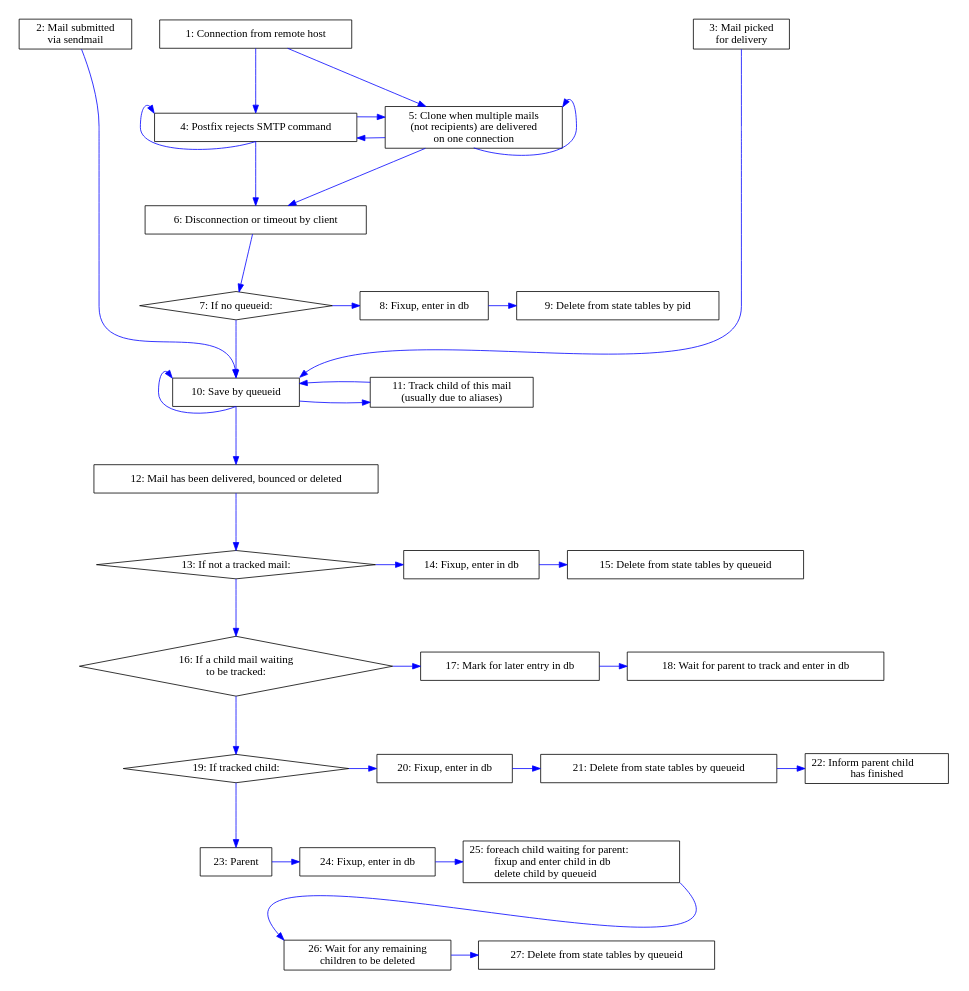
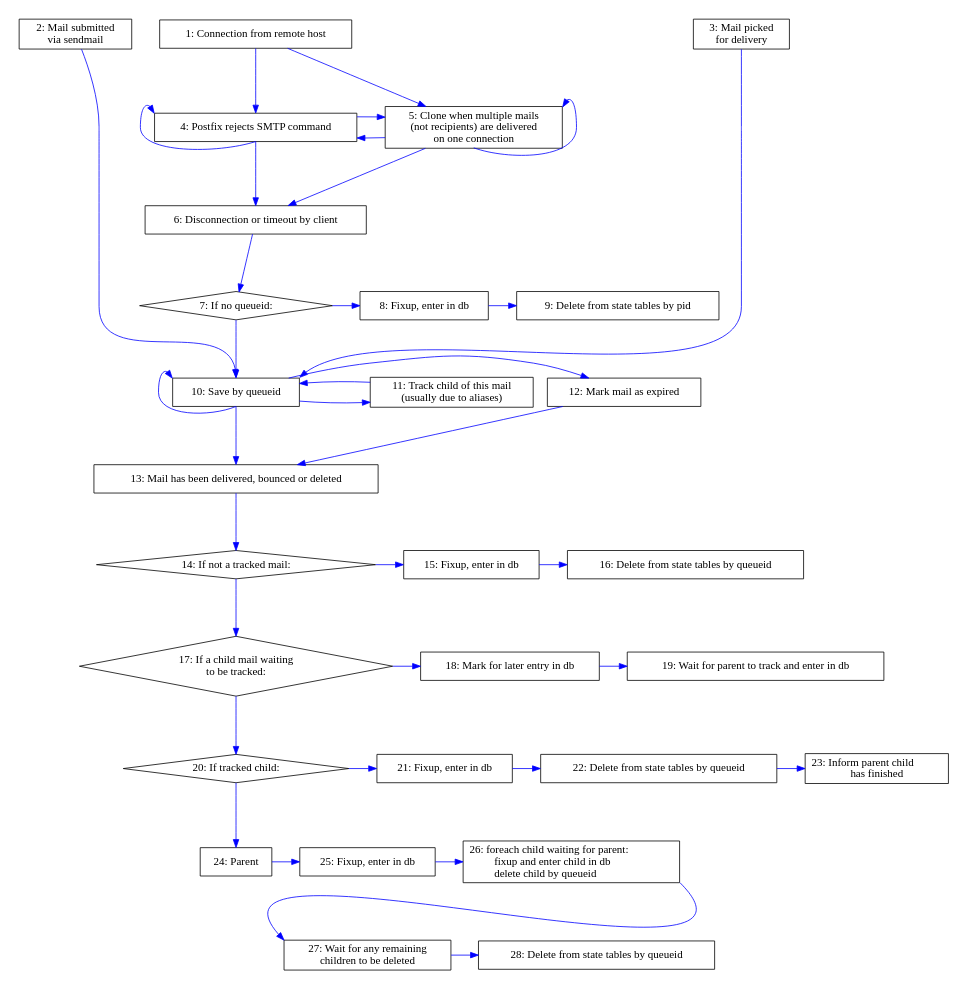
Before and after one commit to tobinjt/ASO: the diagram in doc/logparser-flow-chart.dot, drawn with Graphviz. The commit also changed 1 other file, not shown here.

Commit message:
Documented the EXPIRY action, including changes to the flow chart and references to the flow chart.

```diff
--- a/doc/logparser-flow-chart.dot
+++ b/doc/logparser-flow-chart.dot
@@ -1,176 +1,184 @@
 /* vim: set textwidth=160 : */
 /* $Id$ */
 
 digraph logparser {
     graph [
         /* This seems to be width, height - but they interact strangely, so 
          * I'm never sure.
          */
         size = "6.0, 6.4"
         margin = "0"
         center = true
     ]
     node [
         shape = box
     ]
     edge [
         color = blue
         fontcolor = red
         minlen = 2
     ]
 
     /* EDGES */
     /* Connect from client */
     connect                         -> { rejection } [weight = 5]
     rejection                       -> { rejection } [dir = back, headport = s, tailport = nw]
     rejection                       -> { disconnect } [weight = 5]
     connect                         -> { clone }
     clone                           -> { clone } [dir = back, headport = s, tailport = ne]
     clone                           -> { disconnect }
     clone                           -> { rejection }
     rejection                       -> { clone }
 
     /* Disconnect without queueid */
     disconnect                      -> { if_no_queueid }
     if_no_queueid                   -> { fixup_enter_in_db_disconnect }
     fixup_enter_in_db_disconnect    -> { delete_by_pid_disconnect }
 
     /* Disconnect with queueid */
     if_no_queueid                   -> { save_by_queueid } [weight = 5]
 
     /* Misc entry */
     pickup                          -> { save_by_queueid } [headport = n]
     qmgr_chooses_mail               -> { save_by_queueid } [headport = ne]
     /* Graph placement */
     connect                         -> { pickup } [style = invis, weight = 0]
     connect                         -> { qmgr_chooses_mail } [style = invis, weight = 0]
 
     /* Save results by queueid */
     save_by_queueid                 -> { track } [minlen = 5]
     track                           -> { save_by_queueid }
     save_by_queueid                 -> { save_by_queueid } [dir = back, headport = s, tailport = nw]
-    save_by_queueid                 -> { commit }
+    save_by_queueid                 -> { commit } [weight = 10]
+
+    /* Expired mails */
+    save_by_queueid                 -> { expiry }
+    expiry                          -> { commit } [weight = 0]
 
     /* Commit is complicated */
     /* Neither parent nor child. */
     commit                          -> { if_neither_parent_nor_child }
     if_neither_parent_nor_child     -> { fixup_enter_in_db_npc }
     fixup_enter_in_db_npc           -> { delete_npc }
     /* Untracked child */
     if_neither_parent_nor_child     -> { if_untracked_child }
     if_untracked_child              -> { mark_for_commit }
     mark_for_commit                 -> { wait_for_parent_to_commit_me }
     if_untracked_child              -> { if_tracked_child }
     /* Tracked child */
     if_tracked_child                -> { fixup_enter_in_db_tc }
     fixup_enter_in_db_tc            -> { delete_tc }
     delete_tc                       -> { maybe_delete_parent }
     /* Parent */
     if_tracked_child                -> { parent }
     parent                          -> { fixup_enter_in_db_parent }
     fixup_enter_in_db_parent        -> { commit_children }
     /* This next edge pulls wait_for_children_to_be_deleted leftwards */
     fixup_enter_in_db_parent        -> { wait_for_children_to_be_deleted } [style = invis]
     commit_children                 -> { wait_for_children_to_be_deleted } [headport = nw, tailport = se, weight = 0]
     wait_for_children_to_be_deleted -> { delete_parent }
 
     /* NODE LABELS */
     rejection                       [label = "4: Postfix rejects SMTP command"]
     connect                         [label = "1: Connection from remote host"]
     clone                           [label = "5: Clone when multiple mails\n(not recipients) are delivered\non one connection"]
 
     /* Disconnect without queueid */
     disconnect                      [label = "6: Disconnection or timeout by client"]
     if_no_queueid                   [label = "7: If no queueid:", shape = diamond]
     fixup_enter_in_db_disconnect    [label = "8: Fixup, enter in db"]
     delete_by_pid_disconnect        [label = "9: Delete from state tables by pid"]
 
     /* Disconnect with queueid - already covered */
 
     /* Misc entry */
     pickup                          [label = "2: Mail submitted\nvia sendmail"]
     qmgr_chooses_mail               [label = "3: Mail picked \nfor delivery"]
 
     /* Save results by queueid */
     save_by_queueid                 [label = "10: Save by queueid"]
     track                           [label = "11: Track child of this mail\n(usually due to aliases)"]
 
+    /* Expiry */
+    expiry                          [label = "12: Mark mail as expired"]
+
     /* Commit is complicated */
     /* Neither parent nor child. */
-    commit                          [label = "12: Mail has been delivered, bounced or deleted"]
-    if_neither_parent_nor_child     [label = "13: If not a tracked mail:", shape = diamond]
-    fixup_enter_in_db_npc           [label = "14: Fixup, enter in db"]
-    delete_npc                      [label = "15: Delete from state tables by queueid"]
+    commit                          [label = "13: Mail has been delivered, bounced or deleted"]
+    if_neither_parent_nor_child     [label = "14: If not a tracked mail:", shape = diamond]
+    fixup_enter_in_db_npc           [label = "15: Fixup, enter in db"]
+    delete_npc                      [label = "16: Delete from state tables by queueid"]
 
     /* Untracked child */
-    if_untracked_child              [label = "16: If a child mail waiting\nto be tracked:", shape = diamond]
-    mark_for_commit                 [label = "17: Mark for later entry in db"]
-    wait_for_parent_to_commit_me    [label = "18: Wait for parent to track and enter in db"]
+    if_untracked_child              [label = "17: If a child mail waiting\nto be tracked:", shape = diamond]
+    mark_for_commit                 [label = "18: Mark for later entry in db"]
+    wait_for_parent_to_commit_me    [label = "19: Wait for parent to track and enter in db"]
 
     /* Tracked child */
-    if_tracked_child                [label = "19: If tracked child:", shape = diamond]
-    fixup_enter_in_db_tc            [label = "20: Fixup, enter in db"]
-    delete_tc                       [label = "21: Delete from state tables by queueid"]
-    maybe_delete_parent             [label = "22: Inform parent child\lhas finished"]
+    if_tracked_child                [label = "20: If tracked child:", shape = diamond]
+    fixup_enter_in_db_tc            [label = "21: Fixup, enter in db"]
+    delete_tc                       [label = "22: Delete from state tables by queueid"]
+    maybe_delete_parent             [label = "23: Inform parent child\lhas finished"]
 
     /* Parent */
-    parent                          [label = "23: Parent"]
-    fixup_enter_in_db_parent        [label = "24: Fixup, enter in db"]
-    commit_children                 [label = "25: foreach child waiting for parent:\l          fixup and enter child in db\l          delete child by queueid\l", labeljust = l]
-    wait_for_children_to_be_deleted [label = "26: Wait for any remaining \nchildren to be deleted"]
-    delete_parent                   [label = "27: Delete from state tables by queueid"]
+    parent                          [label = "24: Parent"]
+    fixup_enter_in_db_parent        [label = "25: Fixup, enter in db"]
+    commit_children                 [label = "26: foreach child waiting for parent:\l          fixup and enter child in db\l          delete child by queueid\l", labeljust = l]
+    wait_for_children_to_be_deleted [label = "27: Wait for any remaining \nchildren to be deleted"]
+    delete_parent                   [label = "28: Delete from state tables by queueid"]
 
     /* SUB-GRAPHS */
     subgraph sources {
         rank = source
         pickup
         qmgr_chooses_mail
         connect
     }
     subgraph clone_or_save {
         rank = same
         clone
         rejection
     }
     subgraph disconnect_without_queueid {
         rank = same
         if_no_queueid
         fixup_enter_in_db_disconnect
         delete_by_pid_disconnect
     }
     subgraph save_or_track {
         rank = same
         track
         save_by_queueid
+        expiry
     }
     subgraph not_tracked {
         rank = same
         if_neither_parent_nor_child
         fixup_enter_in_db_npc
         delete_npc
     }
     subgraph untracked_child {
         rank = same
         if_untracked_child
         mark_for_commit
         wait_for_parent_to_commit_me
     }
     subgraph tracked_child {
         rank = same
         if_tracked_child
         fixup_enter_in_db_tc
         delete_tc
         maybe_delete_parent
     }
     subgraph parent {
         rank = same
         parent
         fixup_enter_in_db_parent
         commit_children
     }
     subgraph parent_waiting {
         rank = same
         wait_for_children_to_be_deleted
         delete_parent
     }
 }
```
